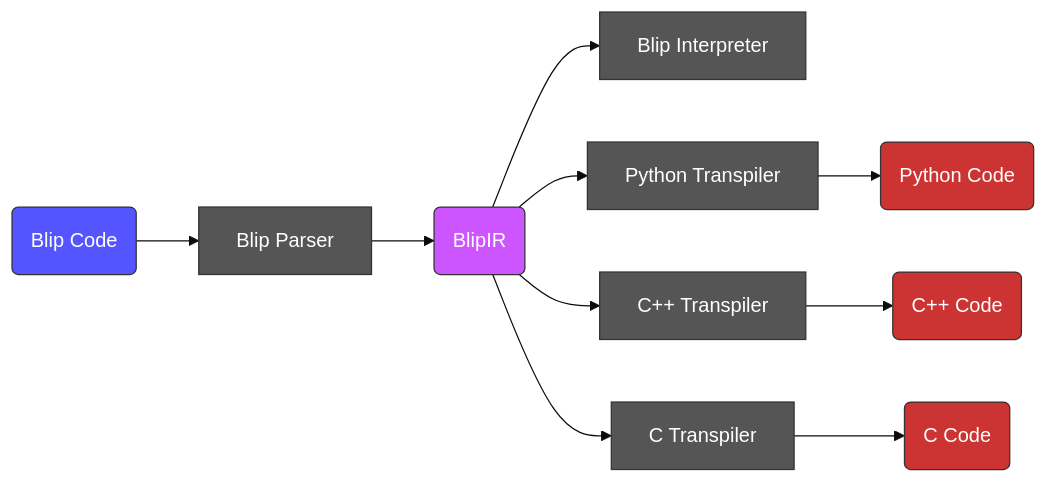
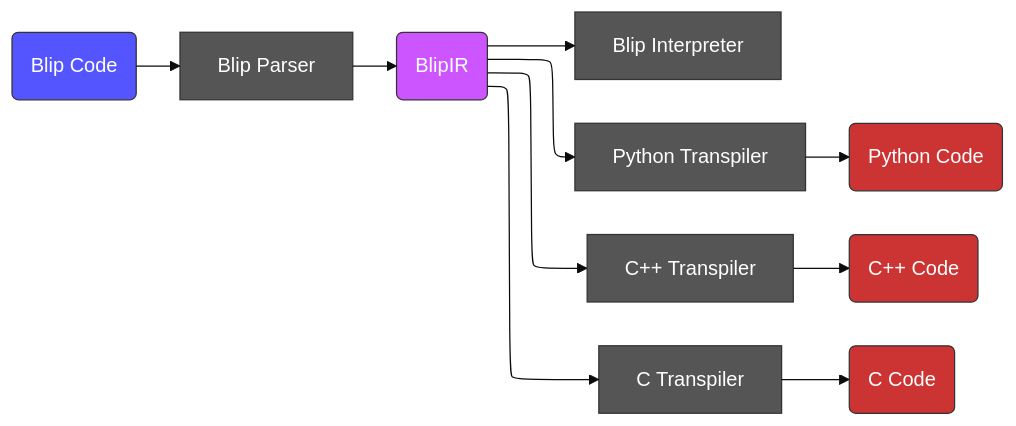
Before and after one commit to psysrc/blip: the diagram in README.md, drawn with Mermaid (base theme).

Commit message:
Improved README diagram layout

````diff
--- a/README.md
+++ b/README.md
@@ -8,34 +8,38 @@
 ```mermaid
+---
+config:
+  layout: 'elk'
+---
 flowchart LR
     blip(Blip Code)
     blipir(BlipIR)
     parser[Blip Parser]
     
     blip --> parser
     parser --> blipir
     style blip fill:#55f,color:#fff,stroke:#333
     style blipir fill:#c5f,color:#fff,stroke:#333
     style parser fill:#555,color:#fff,stroke:#333
 
     interpreter[Blip Interpreter]
     blipir --> interpreter
     style interpreter fill:#555,color:#fff,stroke:#333
 
     py(Python Code)
     py_transpiler[Python Transpiler]
     blipir --> py_transpiler --> py
     style py_transpiler fill:#555,color:#fff,stroke:#333
     style py fill:#c33,color:#fff,stroke:#333
 
     cpp(C++ Code)
     cpp_transpiler[C++ Transpiler]
     blipir --> cpp_transpiler --> cpp
     style cpp_transpiler fill:#555,color:#fff,stroke:#333
     style cpp fill:#c33,color:#fff,stroke:#333
 
     c(C Code)
     c_transpiler[C Transpiler]
     blipir --> c_transpiler --> c
     style c_transpiler fill:#555,color:#fff,stroke:#333
     style c fill:#c33,color:#fff,stroke:#333
 ```
````
